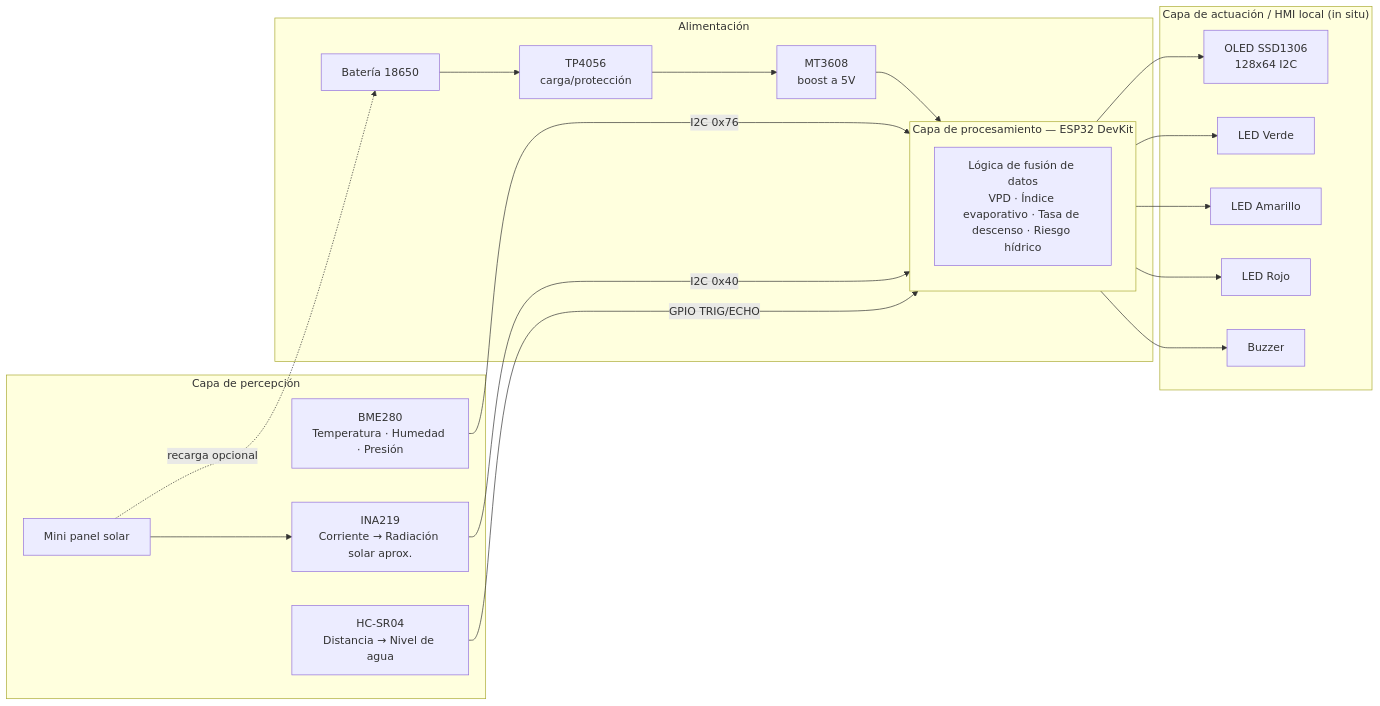
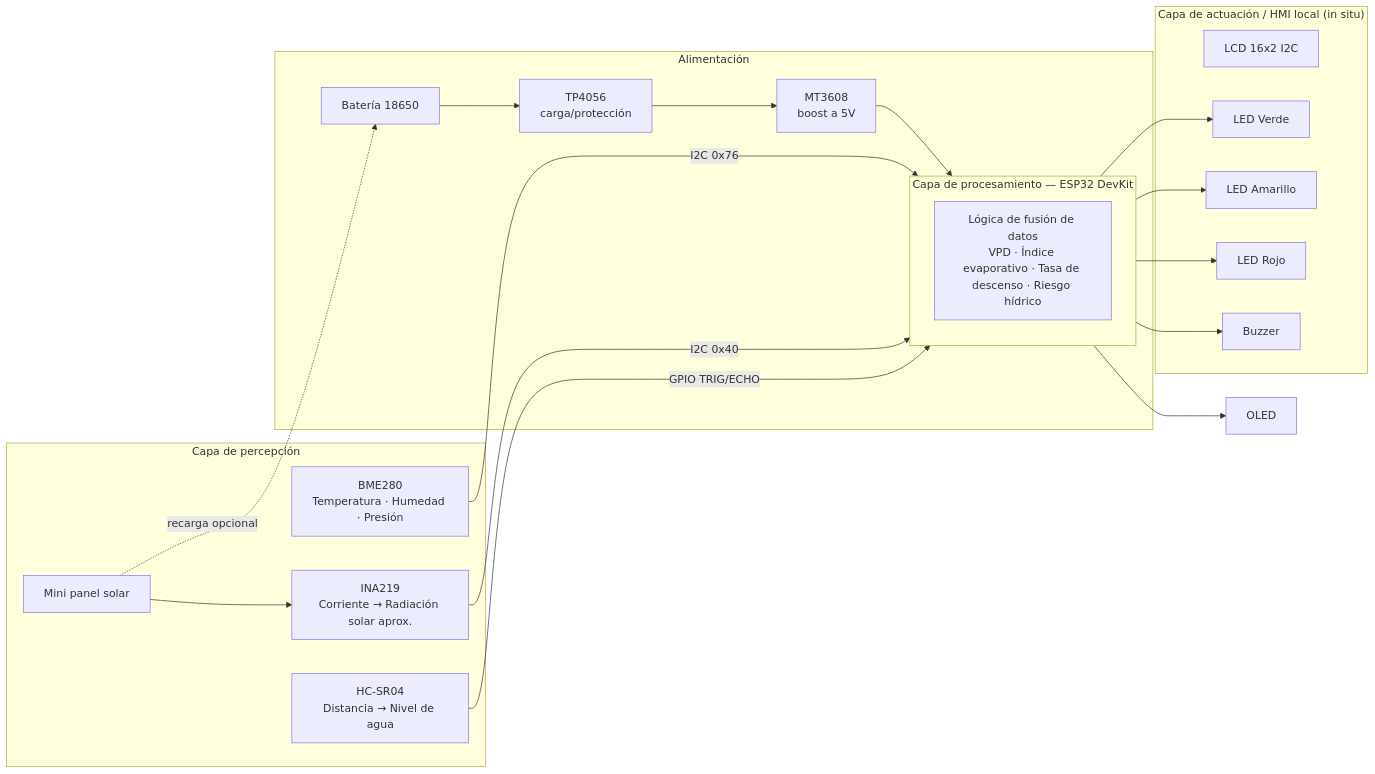
The first of 2 diagrams in wiki/02-Solucion-Propuesta.md (jorgis857/sistema-alerta-temprana-riesgo-hidrico), drawn with Mermaid before and after one commit.

````diff
--- a/wiki/02-Solucion-Propuesta.md
+++ b/wiki/02-Solucion-Propuesta.md
@@ -27,37 +27,37 @@
 ```mermaid
 flowchart LR
     subgraph SENSORES["Capa de percepción"]
         BME[BME280\nTemperatura · Humedad · Presión]
         SOLAR[Mini panel solar]
         INA[INA219\nCorriente → Radiación solar aprox.]
         US[HC-SR04\nDistancia → Nivel de agua]
     end
 
     subgraph MCU["Capa de procesamiento — ESP32 DevKit"]
         FUS[Lógica de fusión de datos\nVPD · Índice evaporativo · Tasa de descenso · Riesgo hídrico]
     end
 
     subgraph ACT["Capa de actuación / HMI local (in situ)"]
-        OLED[OLED SSD1306\n128x64 I2C]
+        LCD[LCD 16x2 I2C]
         LEDV[LED Verde]
         LEDA[LED Amarillo]
         LEDR[LED Rojo]
         BUZ[Buzzer]
     end
 
     subgraph PWR["Alimentación"]
         BAT[Batería 18650] --> TP[TP4056\ncarga/protección] --> BOOST[MT3608\nboost a 5V] --> MCU
         SOLAR -.recarga opcional.-> BAT
     end
 
     BME -- I2C 0x76 --> MCU
     SOLAR --> INA
     INA -- I2C 0x40 --> MCU
     US -- GPIO TRIG/ECHO --> MCU
 
     MCU --> OLED
     MCU --> LEDV
     MCU --> LEDA
     MCU --> LEDR
     MCU --> BUZ
 ```
````
